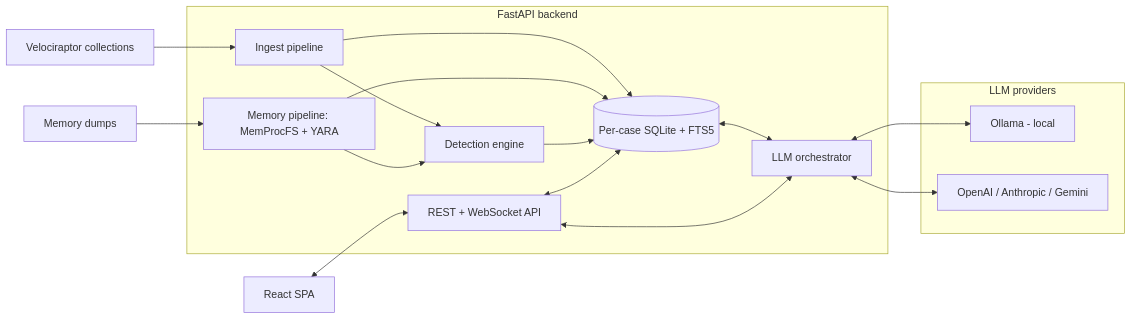
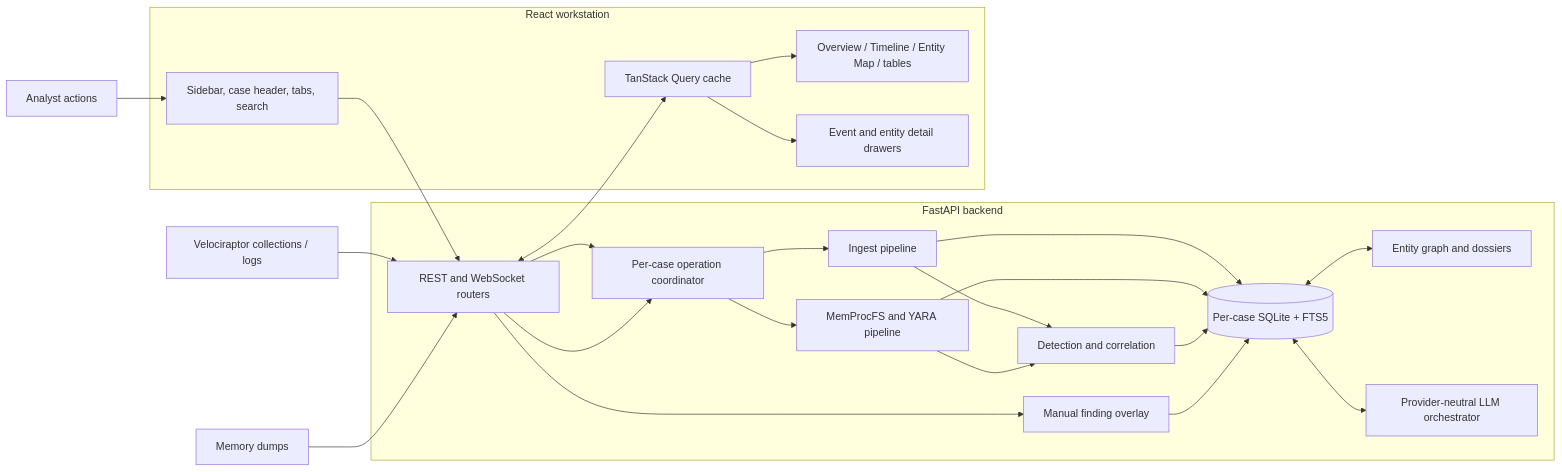
One commit to Telepatya/Investigator changed the first of 2 diagrams in docs/ARCHITECTURE.md. Above: the diagram before and after it, drawn with Mermaid. The commit also changed other lines of this file and 24 other files, not shown here.

````diff
--- a/docs/ARCHITECTURE.md
+++ b/docs/ARCHITECTURE.md
@@ -31,35 +83,37 @@
 ```mermaid
 flowchart LR
-    VR["Velociraptor collections"]
-    MEMDUMP["Memory dumps"]
+    EVIDENCE["Velociraptor collections / logs"]
+    MEMORY["Memory dumps"]
+    USER["Analyst actions"]
 
-    subgraph BE["FastAPI backend"]
-        ING["Ingest pipeline"]
-        MEMP["Memory pipeline: MemProcFS + YARA"]
-        DET["Detection engine"]
+    subgraph BACKEND["FastAPI backend"]
+        API["REST and WebSocket routers"]
+        OPS["Per-case operation coordinator"]
+        INGEST["Ingest pipeline"]
+        MEM["MemProcFS and YARA pipeline"]
+        DETECT["Detection and correlation"]
+        MANUAL["Manual finding overlay"]
+        GRAPH["Entity graph and dossiers"]
+        LLM["Provider-neutral LLM orchestrator"]
         DB[("Per-case SQLite + FTS5")]
-        LLM["LLM orchestrator"]
-        API["REST + WebSocket API"]
     end
 
-    subgraph PROV["LLM providers"]
-        OLL["Ollama - local"]
-        EXT["OpenAI / Anthropic / Gemini"]
+    subgraph FRONTEND["React workstation"]
+        SHELL["Sidebar, case header, tabs, search"]
+        QUERY["TanStack Query cache"]
+        VIEWS["Overview / Timeline / Entity Map / tables"]
+        DRAWERS["Event and entity detail drawers"]
     end
 
-    UI["React SPA"]
-
-    VR --> ING
-    MEMDUMP --> MEMP
-    ING --> DB
-    MEMP --> DB
-    ING --> DET
-    MEMP --> DET
-    DET --> DB
+    EVIDENCE --> API --> OPS --> INGEST --> DB
+    MEMORY --> API --> OPS --> MEM --> DB
+    INGEST --> DETECT --> DB
+    MEM --> DETECT
+    USER --> SHELL --> API
+    API --> MANUAL --> DB
+    DB <--> GRAPH
     DB <--> LLM
-    LLM <--> OLL
-    LLM <--> EXT
-    API <--> DB
-    API <--> LLM
-    UI <--> API
+    API <--> QUERY
+    QUERY --> VIEWS
+    QUERY --> DRAWERS
 ```
````
